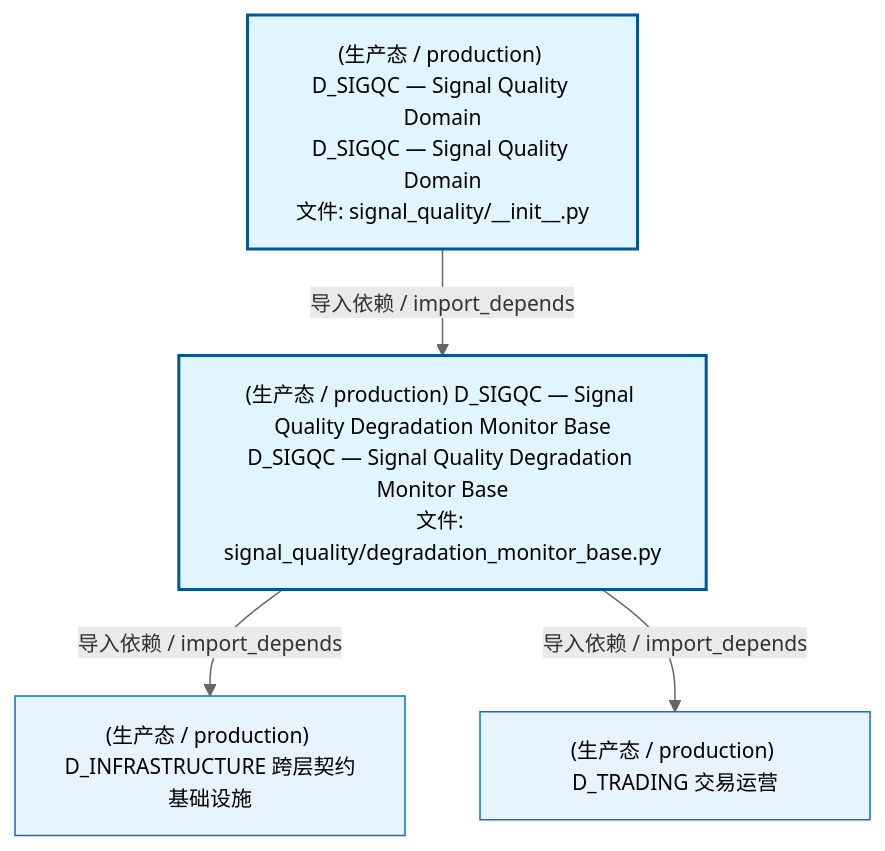
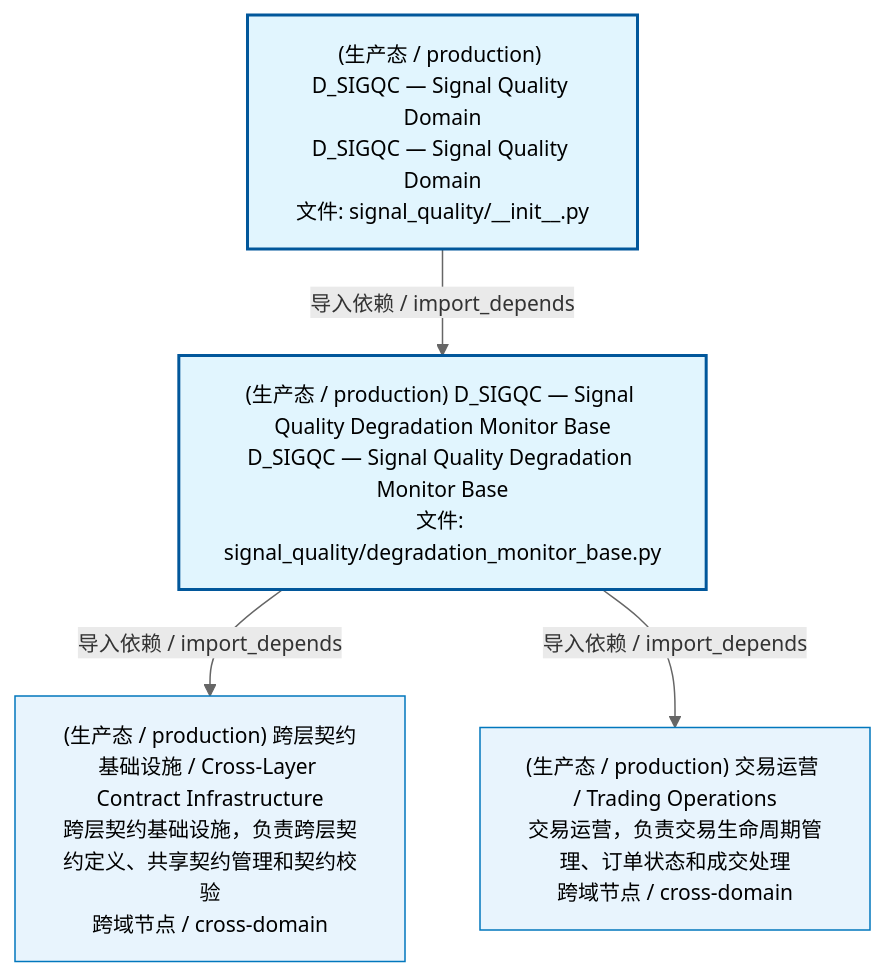
Before and after one commit to xuanFelixVan/ZephyrAlpha: the first of 2 diagrams in docs/02_enterprise_architecture/02_domain_architecture_docs/69_d_sigqc.md, drawn with Mermaid. The commit also changed other lines of this file and 77 other files, not shown here.

````diff
--- a/docs/02_enterprise_architecture/02_domain_architecture_docs/69_d_sigqc.md
+++ b/docs/02_enterprise_architecture/02_domain_architecture_docs/69_d_sigqc.md
@@ -53,17 +53,17 @@
 ```mermaid
 %%{init: {'theme': 'base', 'themeVariables': {'primaryColor': '#eaeaea', 'primaryTextColor': '#333333', 'primaryBorderColor': '#666666', 'lineColor': '#666666', 'secondaryColor': '#eaeaea', 'tertiaryColor': '#eaeaea', 'fontSize': '14px'}}}%%
 flowchart TD
     src_zephyr_signal_quality_init_py["(生产态 / production) D_SIGQC — Signal Quality Domain<br/>D_SIGQC — Signal Quality Domain<br/>文件: signal_quality/__init__.py"]
     src_zephyr_signal_quality_degradation_monitor_base_py["(生产态 / production) D_SIGQC — Signal Quality Degradation Monitor Base<br/>D_SIGQC — Signal Quality Degradation Monitor Base<br/>文件: signal_quality/degradation_monitor_base.py"]
     src_zephyr_signal_quality_init_py -->|导入依赖 / import_depends| src_zephyr_signal_quality_degradation_monitor_base_py
-    D_INFRASTRUCTURE["(生产态 / production) D_INFRASTRUCTURE 跨层契约基础设施"]
+    D_INFRASTRUCTURE["(生产态 / production) 跨层契约基础设施 / Cross-Layer Contract Infrastructure<br/>跨层契约基础设施，负责跨层契约定义、共享契约管理和契约校验<br/>跨域节点 / cross-domain"]
     src_zephyr_signal_quality_degradation_monitor_base_py -->|导入依赖 / import_depends| D_INFRASTRUCTURE
-    D_TRADING["(生产态 / production) D_TRADING 交易运营"]
+    D_TRADING["(生产态 / production) 交易运营 / Trading Operations<br/>交易运营，负责交易生命周期管理、订单状态和成交处理<br/>跨域节点 / cross-domain"]
     src_zephyr_signal_quality_degradation_monitor_base_py -->|导入依赖 / import_depends| D_TRADING
     classDef production fill:#e1f5fe,stroke:#01579b,stroke-width:2px,color:#000
     classDef design fill:#fff3e0,stroke:#e65100,stroke-width:2px,color:#000,stroke-dasharray: 5 5
     classDef external_prod fill:#e8f4fd,stroke:#0277bd,stroke-width:1px,color:#000
     classDef external_design fill:#fff8e7,stroke:#ef6c00,stroke-width:1px,color:#000,stroke-dasharray: 5 5
     class src_zephyr_signal_quality_init_py,src_zephyr_signal_quality_degradation_monitor_base_py production
     class D_INFRASTRUCTURE,D_TRADING external_prod
 ```
````
